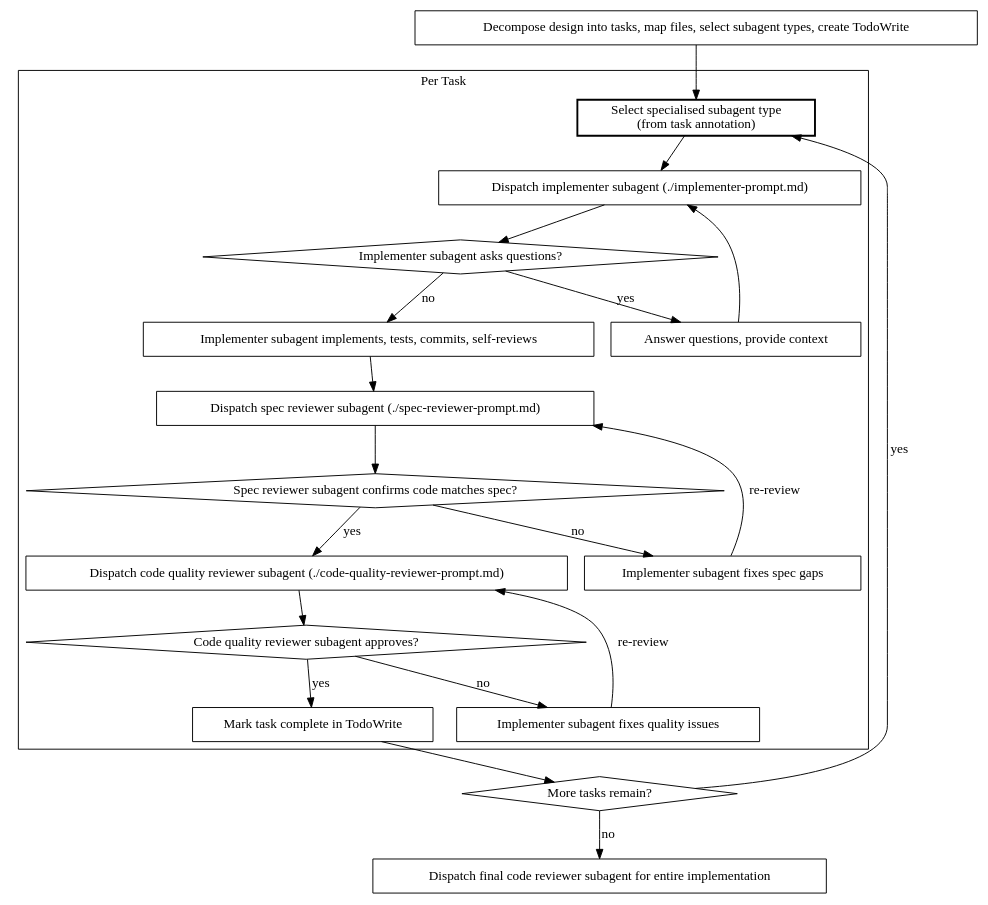
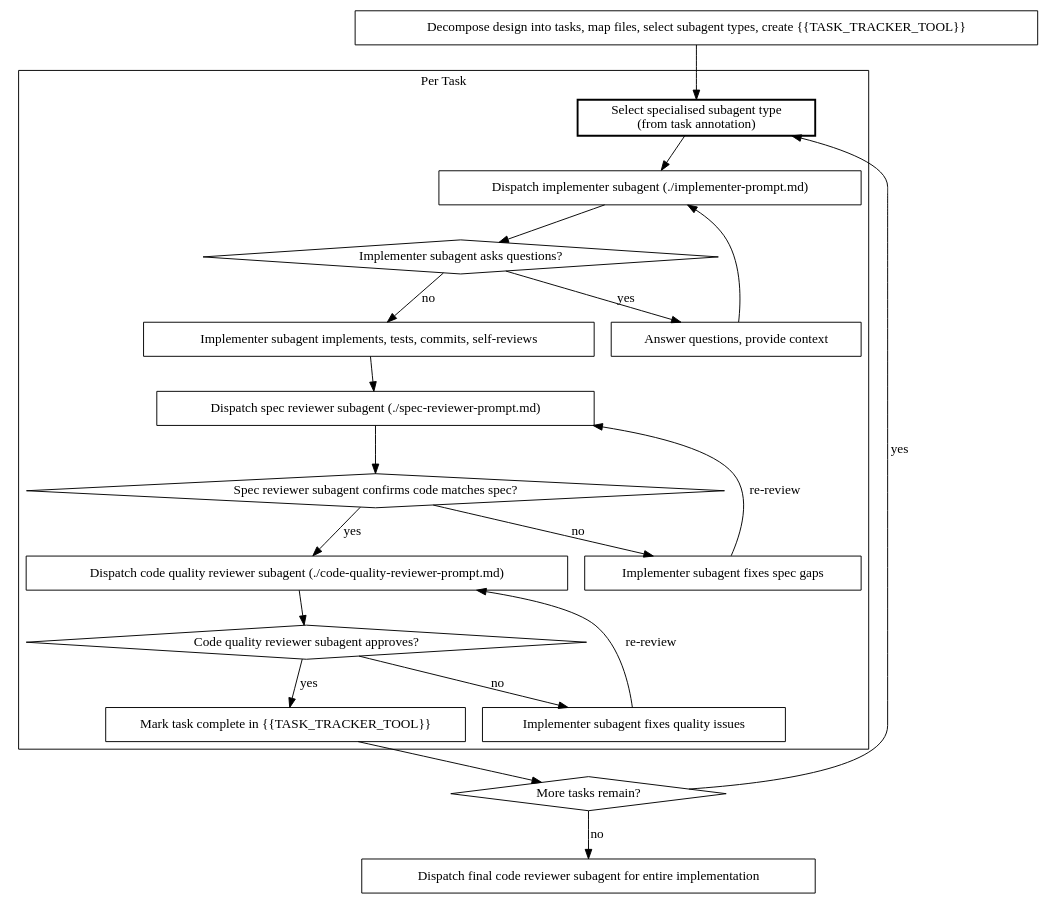
One commit to philipobenito/dot changed the second of 2 diagrams in ai/skills/subagent-driven-development/SKILL.md. Above: the diagram before and after it, drawn with Graphviz. The commit also changed other lines of this file and 8 other files, not shown here.

````diff
--- a/ai/skills/subagent-driven-development/SKILL.md
+++ b/ai/skills/subagent-driven-development/SKILL.md
@@ -97,44 +97,44 @@
 ```dot
 digraph process {
     rankdir=TB;
 
     subgraph cluster_per_task {
         label="Per Task";
         "Select specialised subagent type\n(from task annotation)" [shape=box, style=bold];
         "Dispatch implementer subagent (./implementer-prompt.md)" [shape=box];
         "Implementer subagent asks questions?" [shape=diamond];
         "Answer questions, provide context" [shape=box];
         "Implementer subagent implements, tests, commits, self-reviews" [shape=box];
         "Dispatch spec reviewer subagent (./spec-reviewer-prompt.md)" [shape=box];
         "Spec reviewer subagent confirms code matches spec?" [shape=diamond];
         "Implementer subagent fixes spec gaps" [shape=box];
         "Dispatch code quality reviewer subagent (./code-quality-reviewer-prompt.md)" [shape=box];
         "Code quality reviewer subagent approves?" [shape=diamond];
         "Implementer subagent fixes quality issues" [shape=box];
-        "Mark task complete in TodoWrite" [shape=box];
+        "Mark task complete in {{TASK_TRACKER_TOOL}}" [shape=box];
     }
 
-    "Decompose design into tasks, map files, select subagent types, create TodoWrite" [shape=box];
+    "Decompose design into tasks, map files, select subagent types, create {{TASK_TRACKER_TOOL}}" [shape=box];
     "More tasks remain?" [shape=diamond];
     "Dispatch final code reviewer subagent for entire implementation" [shape=box];
 
-    "Decompose design into tasks, map files, select subagent types, create TodoWrite" -> "Select specialised subagent type\n(from task annotation)";
+    "Decompose design into tasks, map files, select subagent types, create {{TASK_TRACKER_TOOL}}" -> "Select specialised subagent type\n(from task annotation)";
     "Select specialised subagent type\n(from task annotation)" -> "Dispatch implementer subagent (./implementer-prompt.md)";
     "Dispatch implementer subagent (./implementer-prompt.md)" -> "Implementer subagent asks questions?";
     "Implementer subagent asks questions?" -> "Answer questions, provide context" [label="yes"];
     "Answer questions, provide context" -> "Dispatch implementer subagent (./implementer-prompt.md)";
     "Implementer subagent asks questions?" -> "Implementer subagent implements, tests, commits, self-reviews" [label="no"];
     "Implementer subagent implements, tests, commits, self-reviews" -> "Dispatch spec reviewer subagent (./spec-reviewer-prompt.md)";
     "Dispatch spec reviewer subagent (./spec-reviewer-prompt.md)" -> "Spec reviewer subagent confirms code matches spec?";
     "Spec reviewer subagent confirms code matches spec?" -> "Implementer subagent fixes spec gaps" [label="no"];
     "Implementer subagent fixes spec gaps" -> "Dispatch spec reviewer subagent (./spec-reviewer-prompt.md)" [label="re-review"];
     "Spec reviewer subagent confirms code matches spec?" -> "Dispatch code quality reviewer subagent (./code-quality-reviewer-prompt.md)" [label="yes"];
     "Dispatch code quality reviewer subagent (./code-quality-reviewer-prompt.md)" -> "Code quality reviewer subagent approves?";
     "Code quality reviewer subagent approves?" -> "Implementer subagent fixes quality issues" [label="no"];
     "Implementer subagent fixes quality issues" -> "Dispatch code quality reviewer subagent (./code-quality-reviewer-prompt.md)" [label="re-review"];
-    "Code quality reviewer subagent approves?" -> "Mark task complete in TodoWrite" [label="yes"];
-    "Mark task complete in TodoWrite" -> "More tasks remain?";
+    "Code quality reviewer subagent approves?" -> "Mark task complete in {{TASK_TRACKER_TOOL}}" [label="yes"];
+    "Mark task complete in {{TASK_TRACKER_TOOL}}" -> "More tasks remain?";
     "More tasks remain?" -> "Select specialised subagent type\n(from task annotation)" [label="yes"];
     "More tasks remain?" -> "Dispatch final code reviewer subagent for entire implementation" [label="no"];
 }
 ```
````
